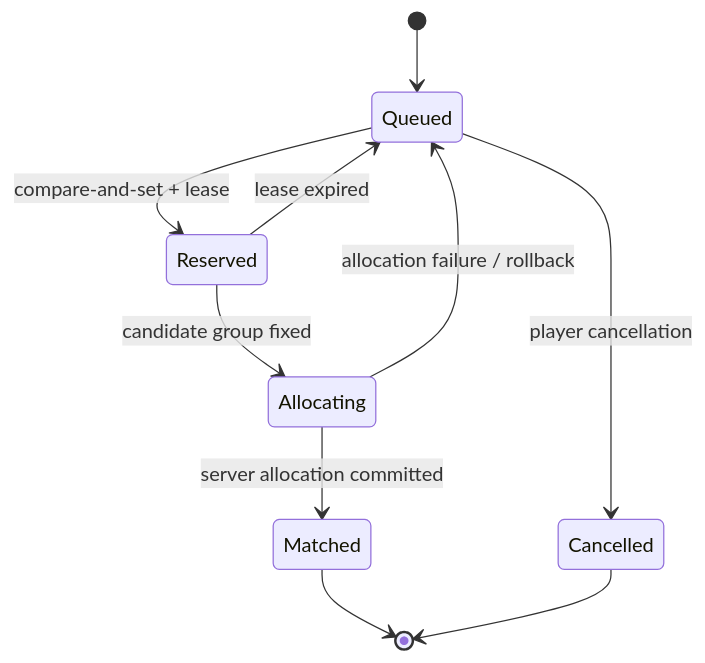
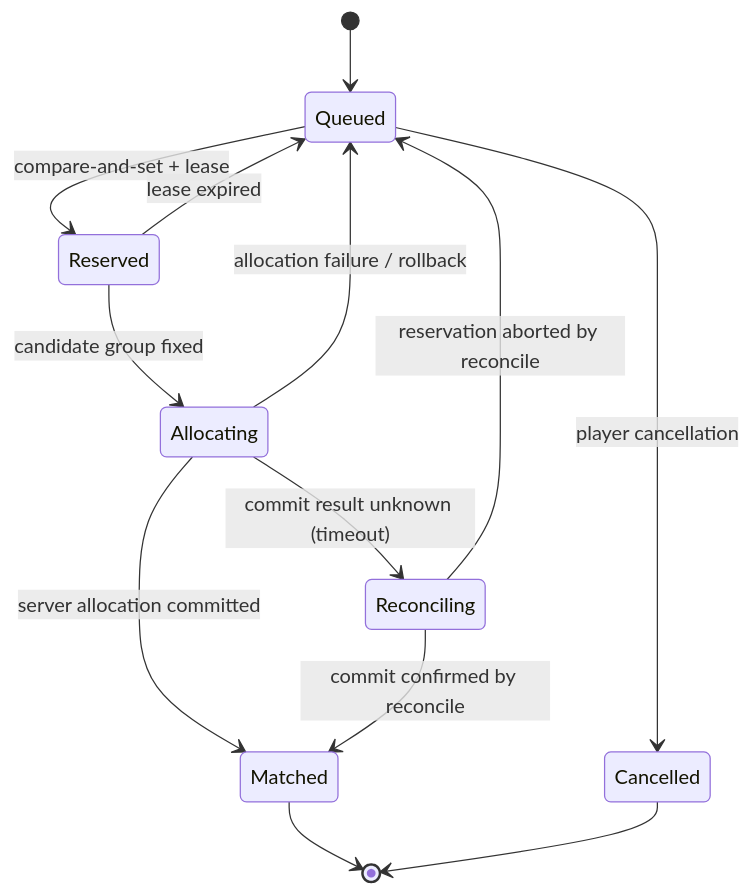
One commit to Rein-ArXiv/game-dev-curriculum changed the fourth of 4 diagrams in live_service/part08_matchmaking.md. Above: the diagram before and after it, drawn with Mermaid. The commit also changed other lines of this file and 279 other files, not shown here.

````diff
--- a/live_service/part08_matchmaking.md
+++ b/live_service/part08_matchmaking.md
@@ -539,12 +562,15 @@
 ```mermaid
 stateDiagram-v2
     [*] --> Queued
     Queued --> Reserved: compare-and-set + lease
     Reserved --> Allocating: candidate group fixed
     Allocating --> Matched: server allocation committed
     Allocating --> Queued: allocation failure / rollback
+    Allocating --> Reconciling: commit result unknown (timeout)
+    Reconciling --> Matched: commit confirmed by reconcile
+    Reconciling --> Queued: reservation aborted by reconcile
     Reserved --> Queued: lease expired
     Queued --> Cancelled: player cancellation
     Matched --> [*]
     Cancelled --> [*]
 ```
````
